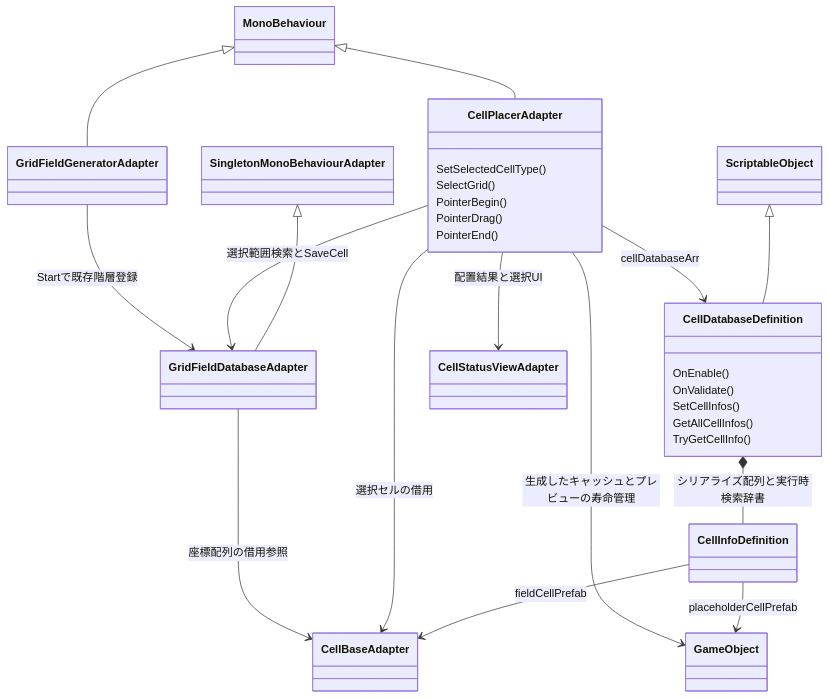
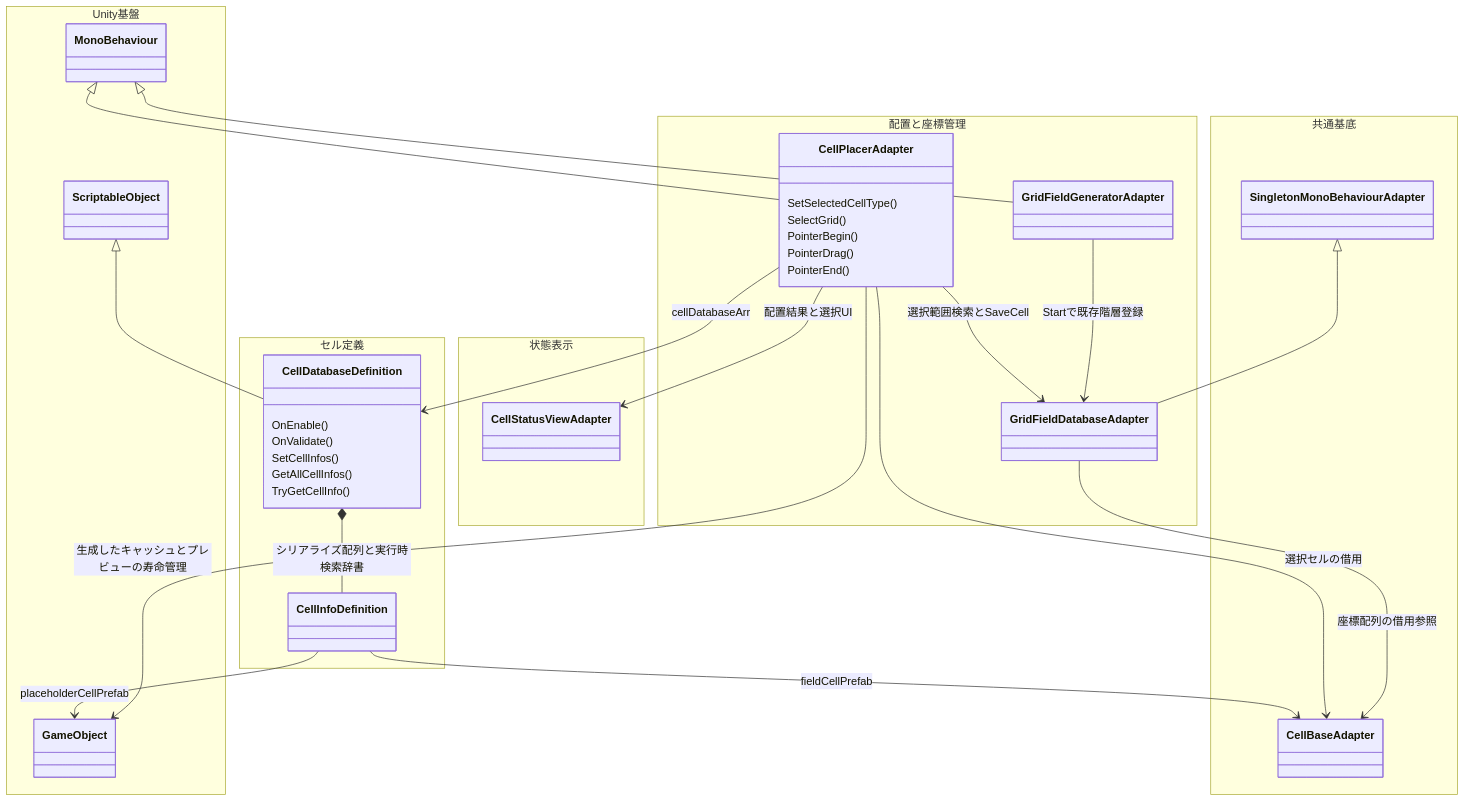
The second of 2 diagrams in docs/design/architecture-cells-grid.md (AoiTomiyama/FactoryGame), drawn with Mermaid before and after one commit. The commit also changed other lines of this file and 5 other files, not shown here.

Commit message:
[docs] 全設計図へ役割別配色と責務分類を展開

````diff
--- a/docs/design/architecture-cells-grid.md
+++ b/docs/design/architecture-cells-grid.md
@@ -104,31 +104,50 @@
 ```mermaid
 classDiagram
+ namespace 共通基底 {
+ class SingletonMonoBehaviourAdapter
+ class CellBaseAdapter
+ }
+ namespace 配置と座標管理 {
+ class CellPlacerAdapter {
+  SetSelectedCellType()
+  SelectGrid()
+  PointerBegin()
+  PointerDrag()
+  PointerEnd()
+ }
+ class GridFieldGeneratorAdapter
+ class GridFieldDatabaseAdapter
+ }
+ namespace セル定義 {
+ class CellDatabaseDefinition {
+  OnEnable()
+  OnValidate()
+  SetCellInfos()
+  GetAllCellInfos()
+  TryGetCellInfo()
+ }
+ class CellInfoDefinition
+ }
+ namespace 状態表示 {
+ class CellStatusViewAdapter
+ }
+ namespace Unity基盤 {
+ class MonoBehaviour
+ class ScriptableObject
+ class GameObject
+ }
  MonoBehaviour <|-- CellPlacerAdapter
  MonoBehaviour <|-- GridFieldGeneratorAdapter
  SingletonMonoBehaviourAdapter <|-- GridFieldDatabaseAdapter
  ScriptableObject <|-- CellDatabaseDefinition
  CellDatabaseDefinition *-- CellInfoDefinition : シリアライズ配列と実行時検索辞書
  CellInfoDefinition --> CellBaseAdapter : fieldCellPrefab
  CellInfoDefinition --> GameObject : placeholderCellPrefab
  CellPlacerAdapter --> CellDatabaseDefinition : cellDatabaseArr
  CellPlacerAdapter --> GridFieldDatabaseAdapter : 選択範囲検索とSaveCell
  CellPlacerAdapter --> CellStatusViewAdapter : 配置結果と選択UI
  CellPlacerAdapter --> CellBaseAdapter : 選択セルの借用
  CellPlacerAdapter --> GameObject : 生成したキャッシュとプレビューの寿命管理
  GridFieldDatabaseAdapter --> CellBaseAdapter : 座標配列の借用参照
  GridFieldGeneratorAdapter --> GridFieldDatabaseAdapter : Startで既存階層登録
- class CellDatabaseDefinition {
-  OnEnable()
-  OnValidate()
-  SetCellInfos()
-  GetAllCellInfos()
-  TryGetCellInfo()
- }
- class CellPlacerAdapter {
-  SetSelectedCellType()
-  SelectGrid()
-  PointerBegin()
-  PointerDrag()
-  PointerEnd()
- }
 ```
````
